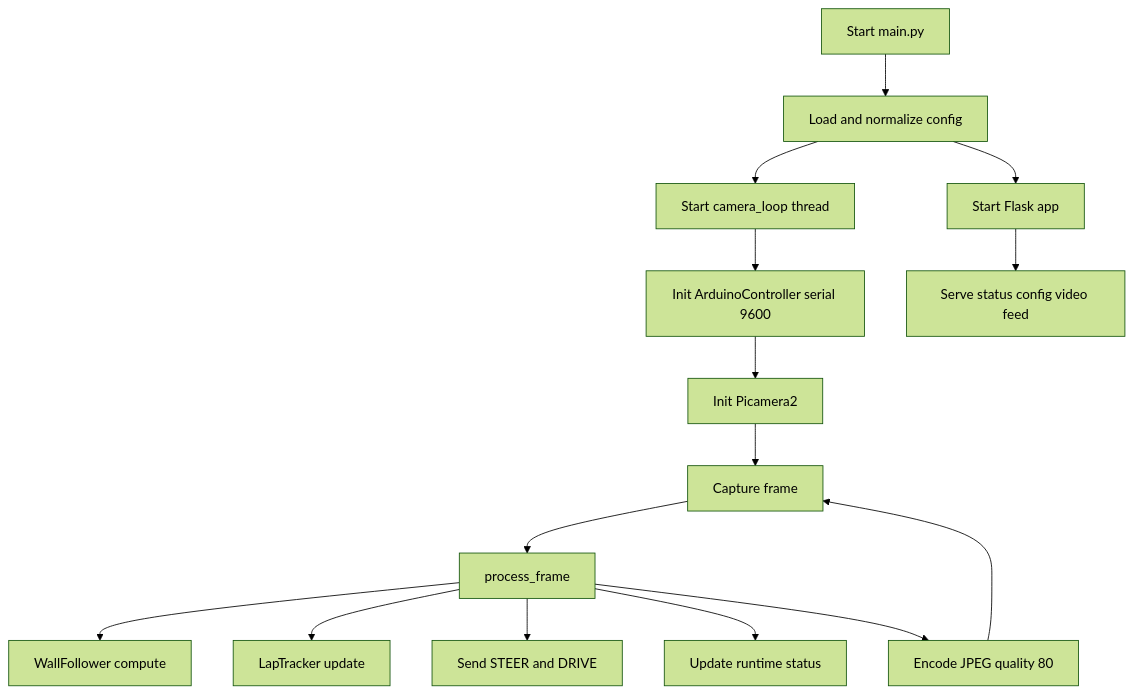
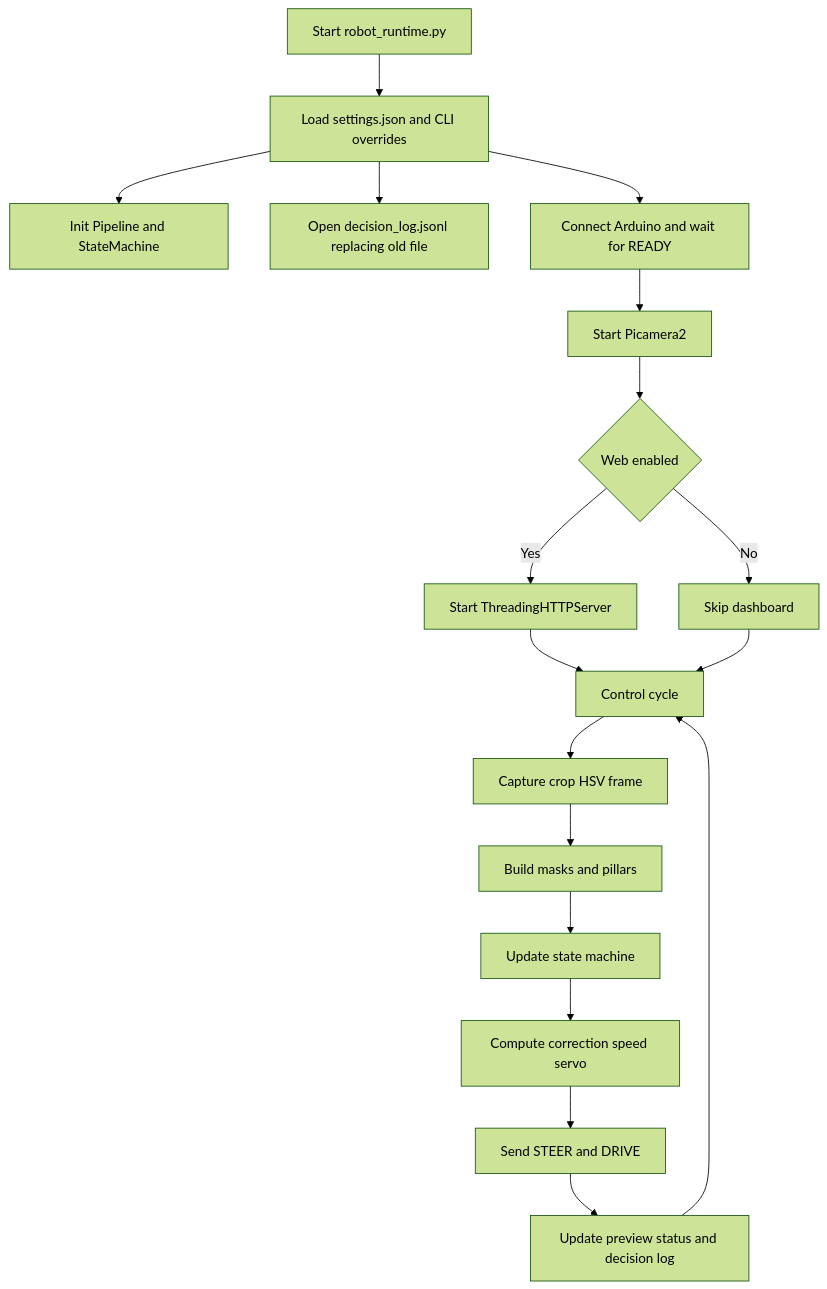
Before and after one commit to berkemutluu/Flame-WRO-FE: the first of 8 diagrams in README.md, drawn with Mermaid (forest theme). The commit also changed other lines of this file, not shown here.

````diff
--- a/README.md
+++ b/README.md
@@ -734,17 +800,20 @@
-```mermaid
-flowchart TD
-    A[Start main.py] --> B[Load and normalize config]
-    B --> C[Start camera_loop thread]
-    B --> D[Start Flask app]
-    C --> E[Init ArduinoController serial 9600]
-    E --> F[Init Picamera2]
-    F --> G[Capture frame]
-    G --> H[process_frame]
-    H --> I[WallFollower compute]
-    H --> J[LapTracker update]
-    H --> K[Send STEER and DRIVE]
-    H --> L[Update runtime status]
-    H --> M[Encode JPEG quality 80]
-    M --> G
-    D --> N[Serve status config video feed]
-```
+```mermaid  
+flowchart TD  
+    A[Start robot_runtime.py] --> B[Load settings.json and CLI overrides]  
+    B --> C[Init Pipeline and StateMachine]  
+    B --> D[Open decision_log.jsonl replacing old file]  
+    B --> E[Connect Arduino and wait for READY]  
+    E --> F[Start Picamera2]  
+    F --> G{Web enabled}  
+    G -- Yes --> H[Start ThreadingHTTPServer]  
+    G -- No --> I[Skip dashboard]  
+    H --> J[Control cycle]  
+    I --> J  
+    J --> K[Capture crop HSV frame]  
+    K --> L[Build masks and pillars]  
+    L --> M[Update state machine]  
+    M --> N[Compute correction speed servo]  
+    N --> O[Send STEER and DRIVE]  
+    O --> P[Update preview status and decision log]  
+    P --> J  
+```  
````
